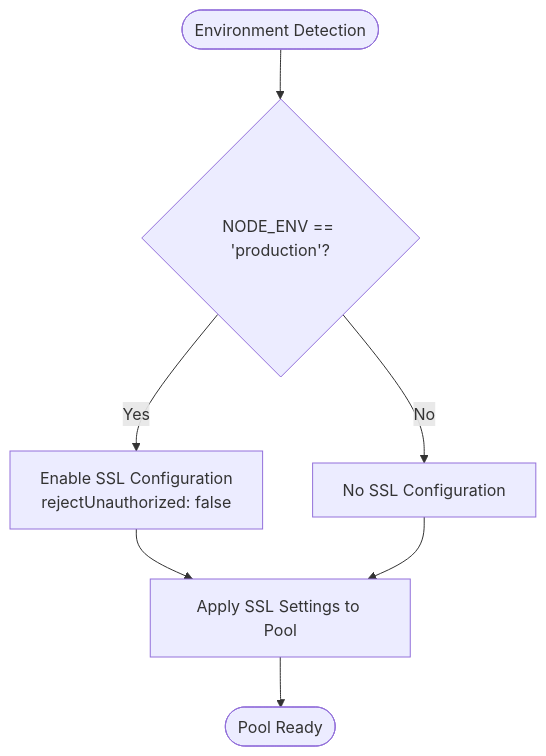
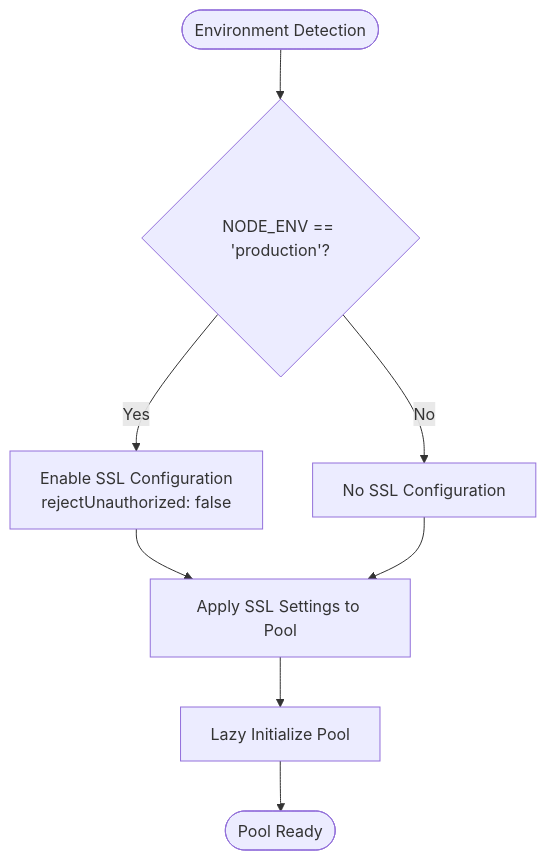
The fourth of 7 diagrams in .qoder/repowiki/en/content/Database Design/Connection Management.md (RunTimeAdmin/AgentID), drawn with Mermaid before and after one commit. The commit also changed other lines of this file and 8 other files, not shown here.

````diff
--- a/.qoder/repowiki/en/content/Database Design/Connection Management.md
+++ b/.qoder/repowiki/en/content/Database Design/Connection Management.md
@@ -223,9 +256,10 @@
 ```mermaid
 flowchart TD
 Start([Environment Detection]) --> CheckEnv{"NODE_ENV == 'production'?"}
 CheckEnv --> |Yes| EnableSSL["Enable SSL Configuration<br/>rejectUnauthorized: false"]
 CheckEnv --> |No| NoSSL["No SSL Configuration"]
 EnableSSL --> ApplyConfig["Apply SSL Settings to Pool"]
 NoSSL --> ApplyConfig
-ApplyConfig --> Ready([Pool Ready])
+ApplyConfig --> LazyInit["Lazy Initialize Pool"]
+LazyInit --> Ready([Pool Ready])
 ```
````
